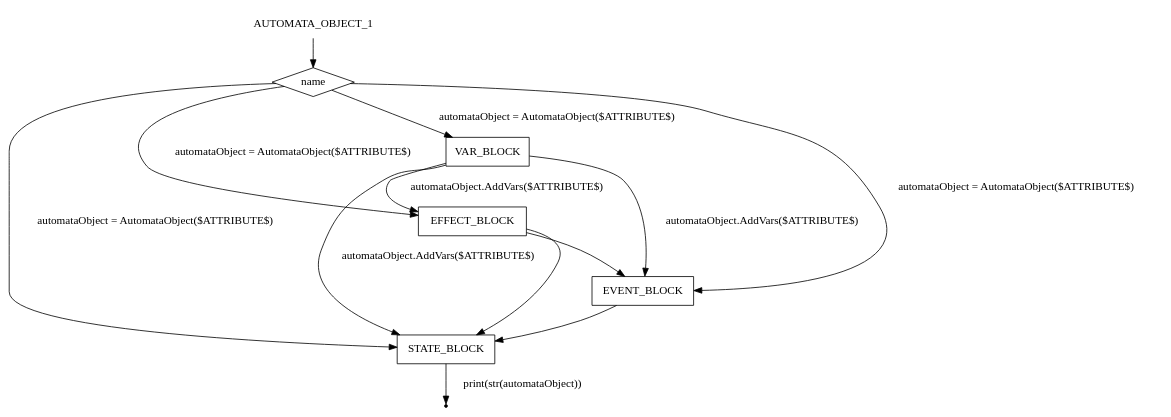
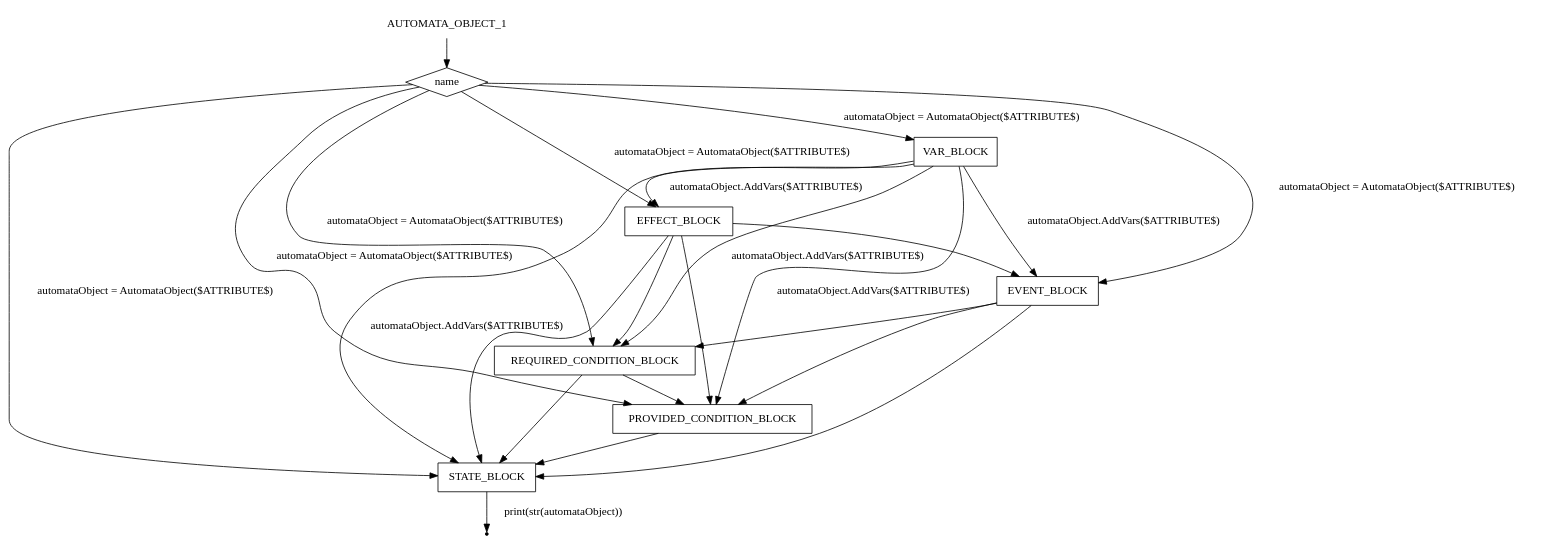
The diagram in ciao_gv/automata_object1.gv (Samirox66/ciao), drawn with Graphviz before and after one commit. The commit also changed 5 other files, not shown here.

Commit message:
add required and provided conditions

```diff
--- a/ciao_gv/automata_object1.gv
+++ b/ciao_gv/automata_object1.gv
@@ -1,21 +1,34 @@
 digraph AUTOMATA_OBJECT_1 {
     start [label=AUTOMATA_OBJECT_1 shape=plaintext]
     A [label=name shape=diamond]
     B [label=VAR_BLOCK shape=box]
     C [label=EFFECT_BLOCK shape=box]
     D [label=EVENT_BLOCK shape=box]
     F [label=STATE_BLOCK shape=box]
+    E [label=REQUIRED_CONDITION_BLOCK shape=box]
+    G [label=PROVIDED_CONDITION_BLOCK shape=box]
     end [label="" shape=point]
     start -> A
     A -> B [label="automataObject = AutomataObject($ATTRIBUTE$)"]
     A -> C [label="automataObject = AutomataObject($ATTRIBUTE$)"]
     A -> D [label="automataObject = AutomataObject($ATTRIBUTE$)"]
     A -> F [label="automataObject = AutomataObject($ATTRIBUTE$)"]
+    A -> E [label="automataObject = AutomataObject($ATTRIBUTE$)"]
+    A -> G [label="automataObject = AutomataObject($ATTRIBUTE$)"]
     B -> C [label="automataObject.AddVars($ATTRIBUTE$)"]
     B -> D [label="automataObject.AddVars($ATTRIBUTE$)"]
     B -> F [label="automataObject.AddVars($ATTRIBUTE$)"]
+    B -> E [label="automataObject.AddVars($ATTRIBUTE$)"]
+    B -> G [label="automataObject.AddVars($ATTRIBUTE$)"]
     C -> D
     C -> F
+    C -> G
+    C -> E
     D -> F
+    D -> E
+    D -> G
+    E -> G
+    E -> F
+    G -> F
     F -> end [label="print(str(automataObject))"]
 }
```
